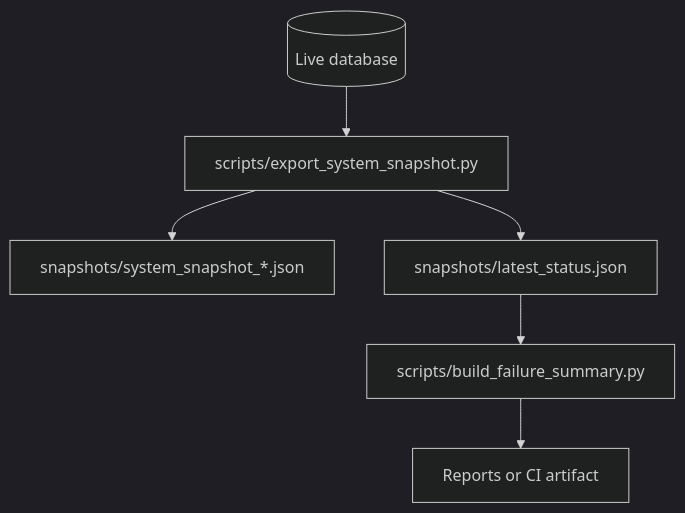
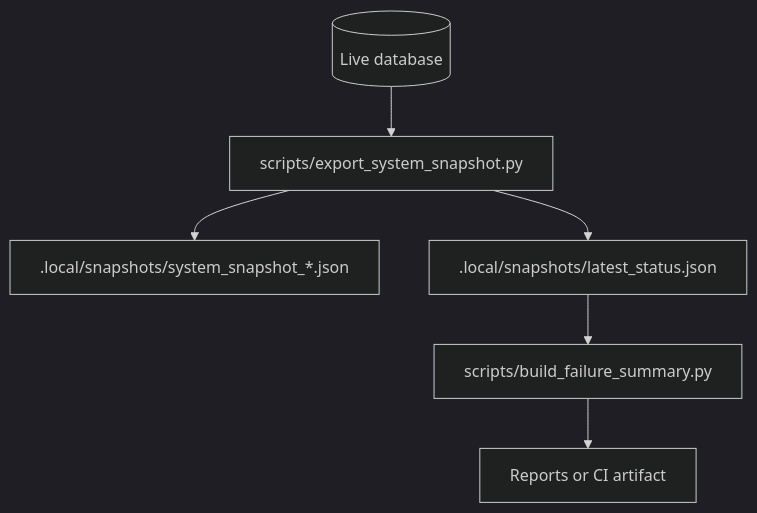
The fifth of 9 diagrams in docs/DATA_FLOW.md (heinricitorgau/CrawlerNest), drawn with Mermaid (dark theme) before and after one commit. The commit also changed 107 other files, not shown here.

````diff
--- a/docs/DATA_FLOW.md
+++ b/docs/DATA_FLOW.md
@@ -188,14 +188,14 @@
 ```mermaid
 flowchart TB
     database[("Live database")]
     export["scripts/export_system_snapshot.py"]
-    snapshot["snapshots/system_snapshot_*.json"]
-    latest["snapshots/latest_status.json"]
+    snapshot[".local/snapshots/system_snapshot_*.json"]
+    latest[".local/snapshots/latest_status.json"]
     summary["scripts/build_failure_summary.py"]
     report["Reports or CI artifact"]
 
     database --> export
     export --> snapshot
     export --> latest
     latest --> summary --> report
 ```
````
